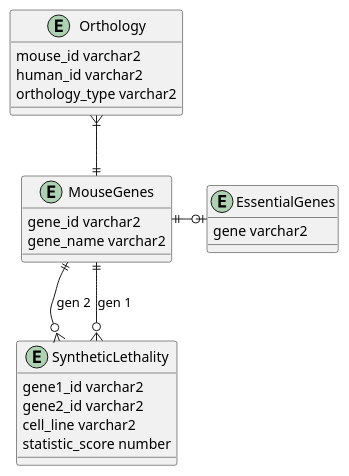
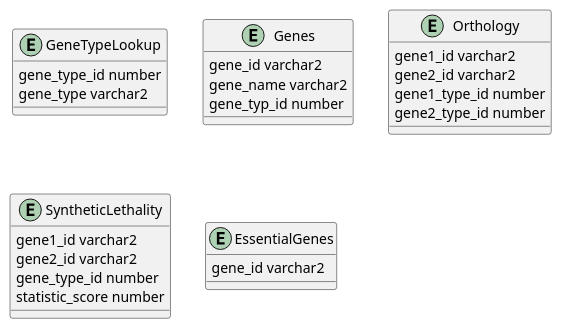
The diagram in plantuml/ERD.puml (BalintB4/DbProcjectRevision2), drawn with PlantUML before and after one commit. The commit also changed 1 other file, not shown here.

```diff
--- a/plantuml/ERD.puml
+++ b/plantuml/ERD.puml
@@ -1,27 +1,32 @@
 @startuml
-entity MouseGenes {
+entity GeneTypeLookup {
+    gene_type_id number
+    gene_type varchar2
+}
+
+entity Genes {
     gene_id varchar2
     gene_name varchar2
+    gene_typ_id number
 }
 
 entity Orthology {
-    mouse_id varchar2
-    human_id varchar2
-    orthology_type varchar2
+    gene1_id varchar2
+    gene2_id varchar2
+    gene1_type_id number
+    gene2_type_id number
 }
 
 entity SyntheticLethality {
     gene1_id varchar2
     gene2_id varchar2
-    cell_line varchar2
+    gene_type_id number
     statistic_score number
 }
 
 entity EssentialGenes {
-    gene varchar2
+    gene_id varchar2
 }
-Orthology }|--|| MouseGenes
-MouseGenes ||-r-o| EssentialGenes
-MouseGenes ||--o{ SyntheticLethality : "gen 2"
-MouseGenes ||--o{ SyntheticLethality : "gen 1"
+
+
 @enduml
```
